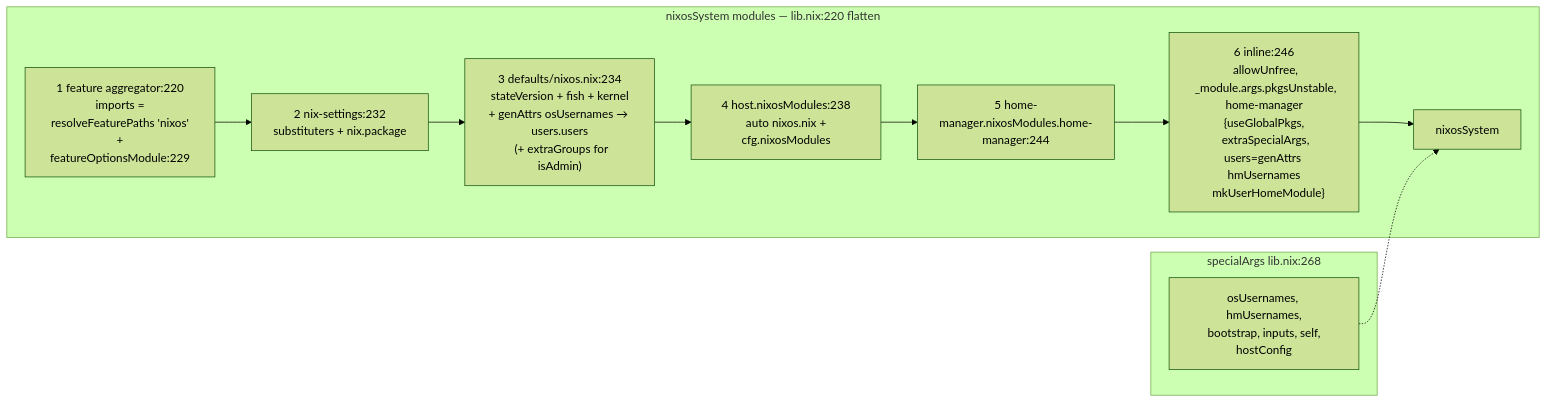
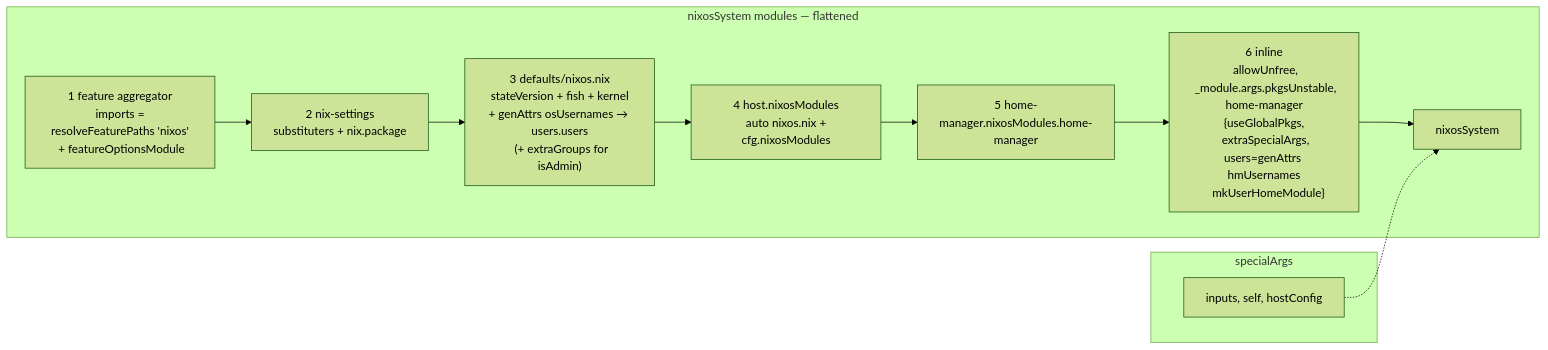
The fifth of 7 diagrams in DESIGN.md (WombatFromHell/automatic-palm-tree), drawn with Mermaid (forest theme) before and after one commit. The commit also changed other lines of this file and 29 other files, not shown here.

````diff
--- a/DESIGN.md
+++ b/DESIGN.md
@@ -158,16 +160,16 @@
 ```mermaid
 flowchart LR
-    subgraph Mods ["nixosSystem modules — lib.nix:220 flatten"]
-        feat["1 feature aggregator:220\n imports = resolveFeaturePaths 'nixos'\n + featureOptionsModule:229"]
-        nixSet["2 nix-settings:232\nsubstituters + nix.package"]
-        defNixos["3 defaults/nixos.nix:234\nstateVersion + fish + kernel\n+ genAttrs osUsernames → users.users\n  (+ extraGroups for isAdmin)"]
-        hostMods["4 host.nixosModules:238\n auto nixos.nix + cfg.nixosModules"]
-        hmMod["5 home-manager.nixosModules.home-manager:244"]
-        inline["6 inline:246\n allowUnfree,\n _module.args.pkgsUnstable,\n home-manager {useGlobalPkgs,\n  extraSpecialArgs, users=genAttrs hmUsernames\n   mkUserHomeModule}"]
+    subgraph Mods ["nixosSystem modules — flattened"]
+        feat["1 feature aggregator\n imports = resolveFeaturePaths 'nixos'\n + featureOptionsModule"]
+        nixSet["2 nix-settings\nsubstituters + nix.package"]
+        defNixos["3 defaults/nixos.nix\nstateVersion + fish + kernel\n+ genAttrs osUsernames → users.users\n  (+ extraGroups for isAdmin)"]
+        hostMods["4 host.nixosModules\n auto nixos.nix + cfg.nixosModules"]
+        hmMod["5 home-manager.nixosModules.home-manager"]
+        inline["6 inline\n allowUnfree,\n _module.args.pkgsUnstable,\n home-manager {useGlobalPkgs,\n  extraSpecialArgs, users=genAttrs hmUsernames\n   mkUserHomeModule}"]
         feat --> nixSet --> defNixos --> hostMods --> hmMod --> inline --> merged["nixosSystem"]
     end
-    subgraph Args ["specialArgs lib.nix:268"]
-        sa["osUsernames, hmUsernames,\n bootstrap, inputs, self, hostConfig"]
+    subgraph Args ["specialArgs"]
+        sa["inputs, self, hostConfig"]
     end
     sa -.-> merged
 ```
````
